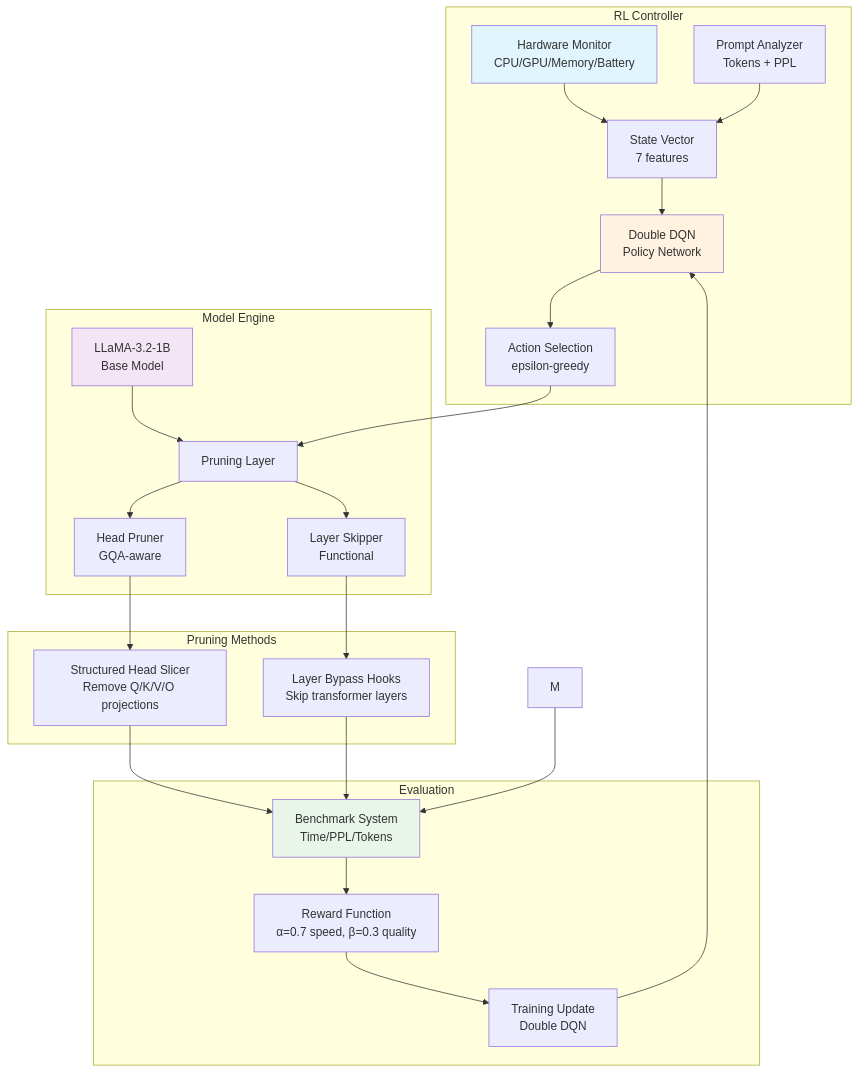
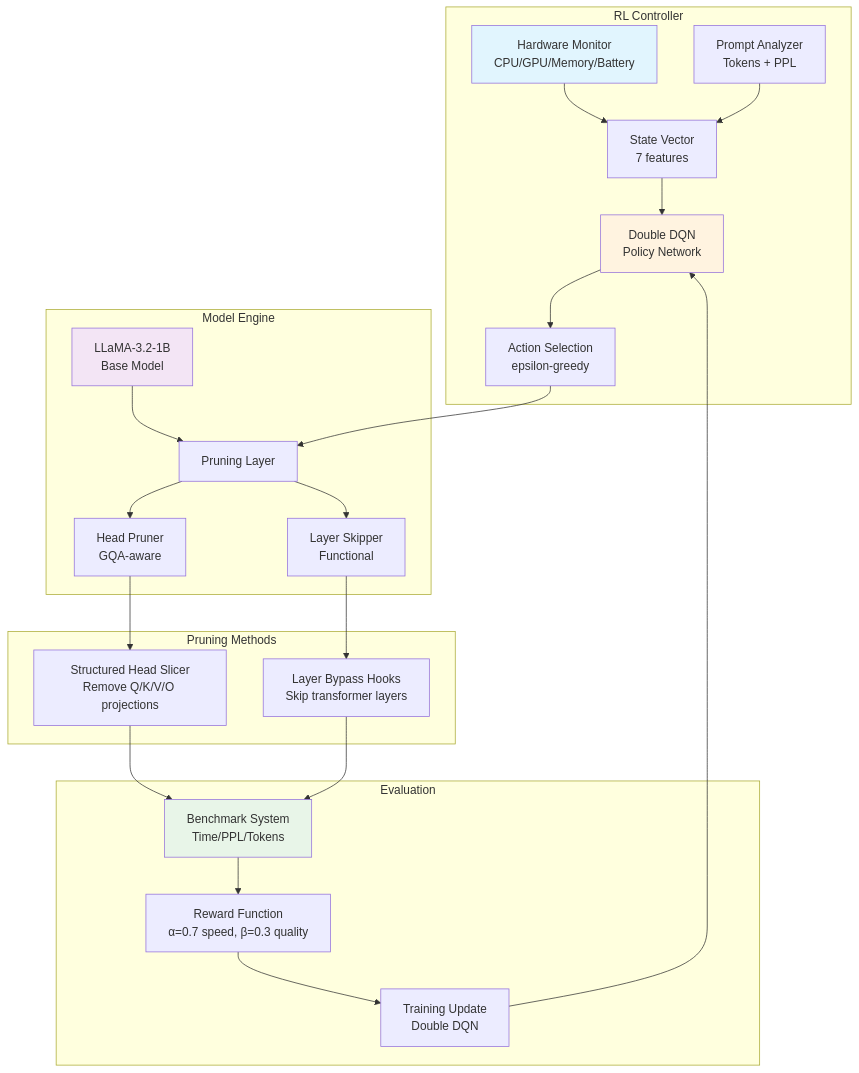
The first of 4 diagrams in README.md (asief-iqbal/Thesis), drawn with Mermaid before and after one commit.

Commit message:
Remove mapping for 'M' to 'N'
Removed mapping for 'M' to 'N' in the README.

````diff
--- a/README.md
+++ b/README.md
@@ -220,36 +220,35 @@
 ```mermaid
 graph TB
     subgraph "RL Controller"
         A[Hardware Monitor<br/>CPU/GPU/Memory/Battery] --> B[State Vector<br/>7 features]
         C[Prompt Analyzer<br/>Tokens + PPL] --> B
         B --> D[Double DQN<br/>Policy Network]
         D --> E[Action Selection<br/>epsilon-greedy]
     end
 
     subgraph "Model Engine"
         F[LLaMA-3.2-1B<br/>Base Model] --> G[Pruning Layer]
         G --> H[Head Pruner<br/>GQA-aware]
         G --> I[Layer Skipper<br/>Functional]
     end
 
     subgraph "Pruning Methods"
         H --> K[Structured Head Slicer<br/>Remove Q/K/V/O projections]
         I --> L[Layer Bypass Hooks<br/>Skip transformer layers]
     end
 
     subgraph "Evaluation"
         N[Benchmark System<br/>Time/PPL/Tokens] --> O[Reward Function<br/>α=0.7 speed, β=0.3 quality]
         O --> P[Training Update<br/>Double DQN]
     end
 
     E --> G
     K --> N
     L --> N
-    M --> N
     P --> D
 
     style A fill:#e1f5fe
     style F fill:#f3e5f5
     style N fill:#e8f5e8
     style D fill:#fff3e0
 ```
````
